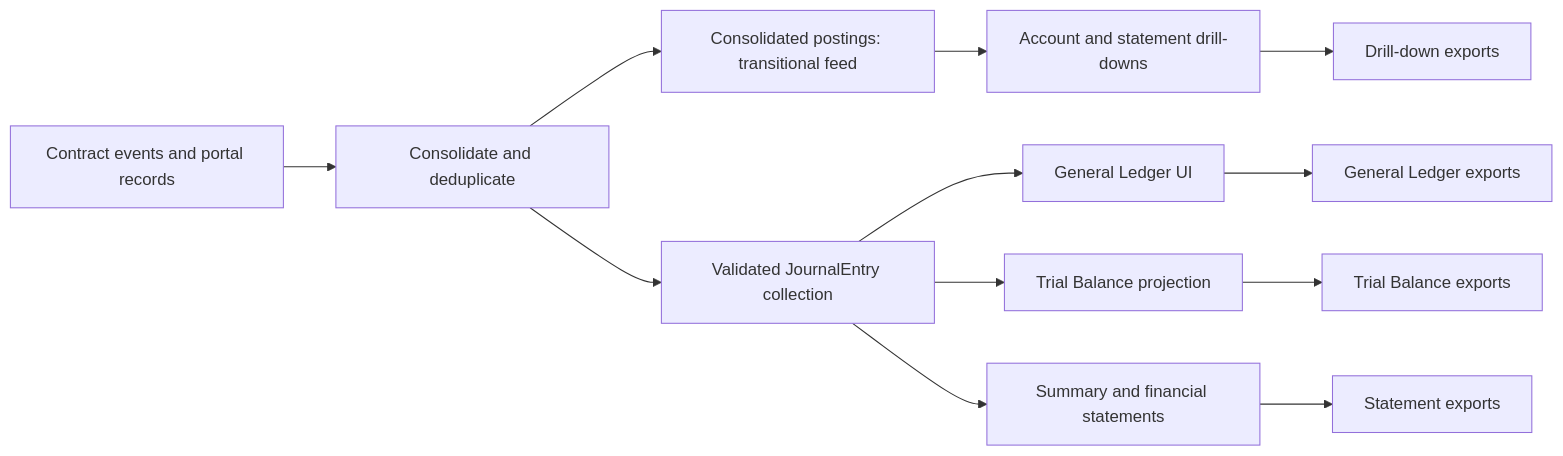
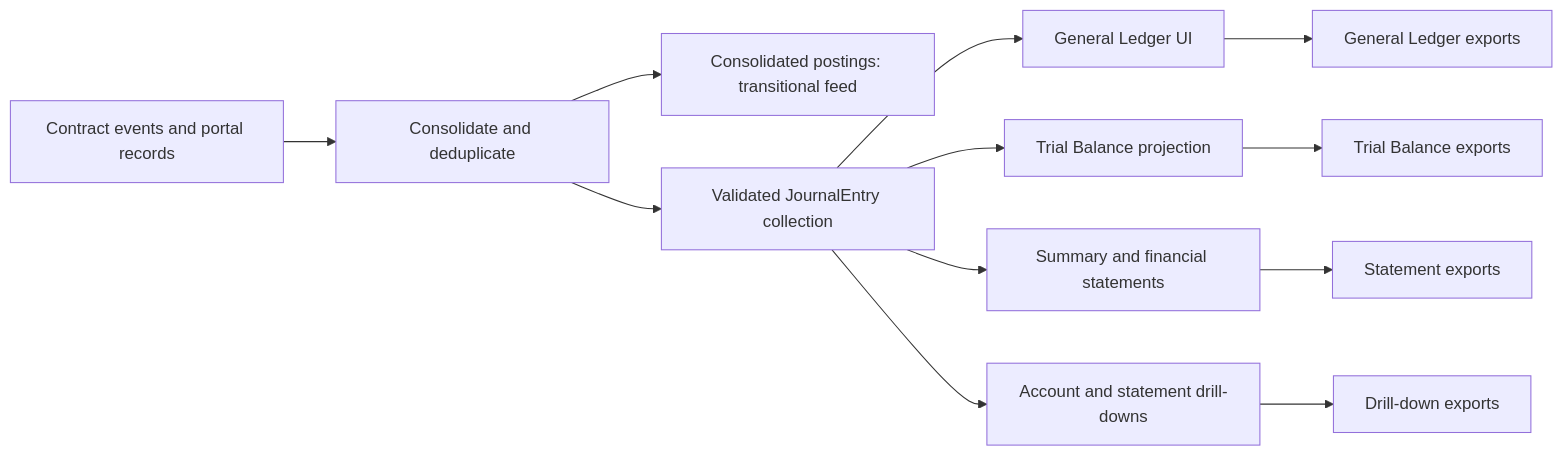
The diagram in docs/features/accounting/README.md (globe-and-citizen/cnc-portal), drawn with Mermaid before and after one commit. The commit also changed other lines of this file and 1 other file, not shown here.

Commit message:
docs: 📝 document JournalEntry drill-down projections

````diff
--- a/docs/features/accounting/README.md
+++ b/docs/features/accounting/README.md
@@ -45,14 +44,14 @@
 ```mermaid
 flowchart LR
     Sources[Contract events and portal records] --> Consolidate[Consolidate and deduplicate]
     Consolidate --> Postings[Consolidated postings: transitional feed]
     Consolidate --> Journal[Validated JournalEntry collection]
     Journal --> GeneralLedger[General Ledger UI]
     Journal --> Trial[Trial Balance projection]
     Journal --> Statements[Summary and financial statements]
-    Postings --> Drilldowns[Account and statement drill-downs]
+    Journal --> Drilldowns[Account and statement drill-downs]
     GeneralLedger --> GeneralLedgerExports[General Ledger exports]
     Trial --> TrialExports[Trial Balance exports]
     Statements --> StatementExports[Statement exports]
     Drilldowns --> DrilldownExports[Drill-down exports]
 ```
````
